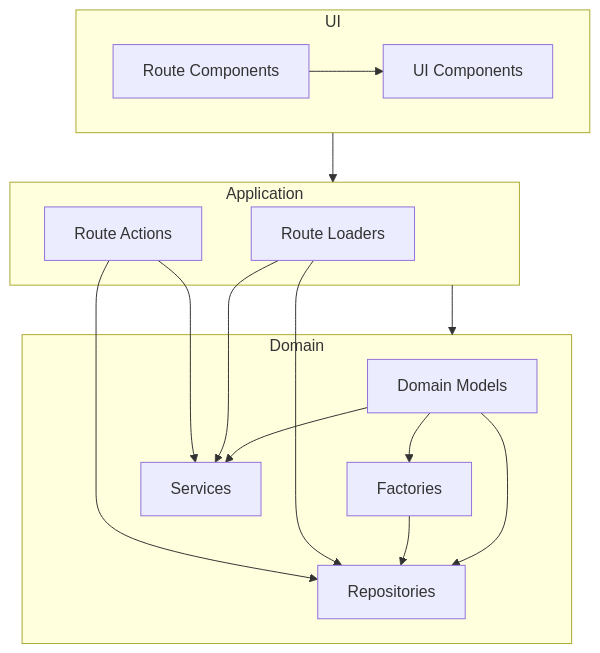
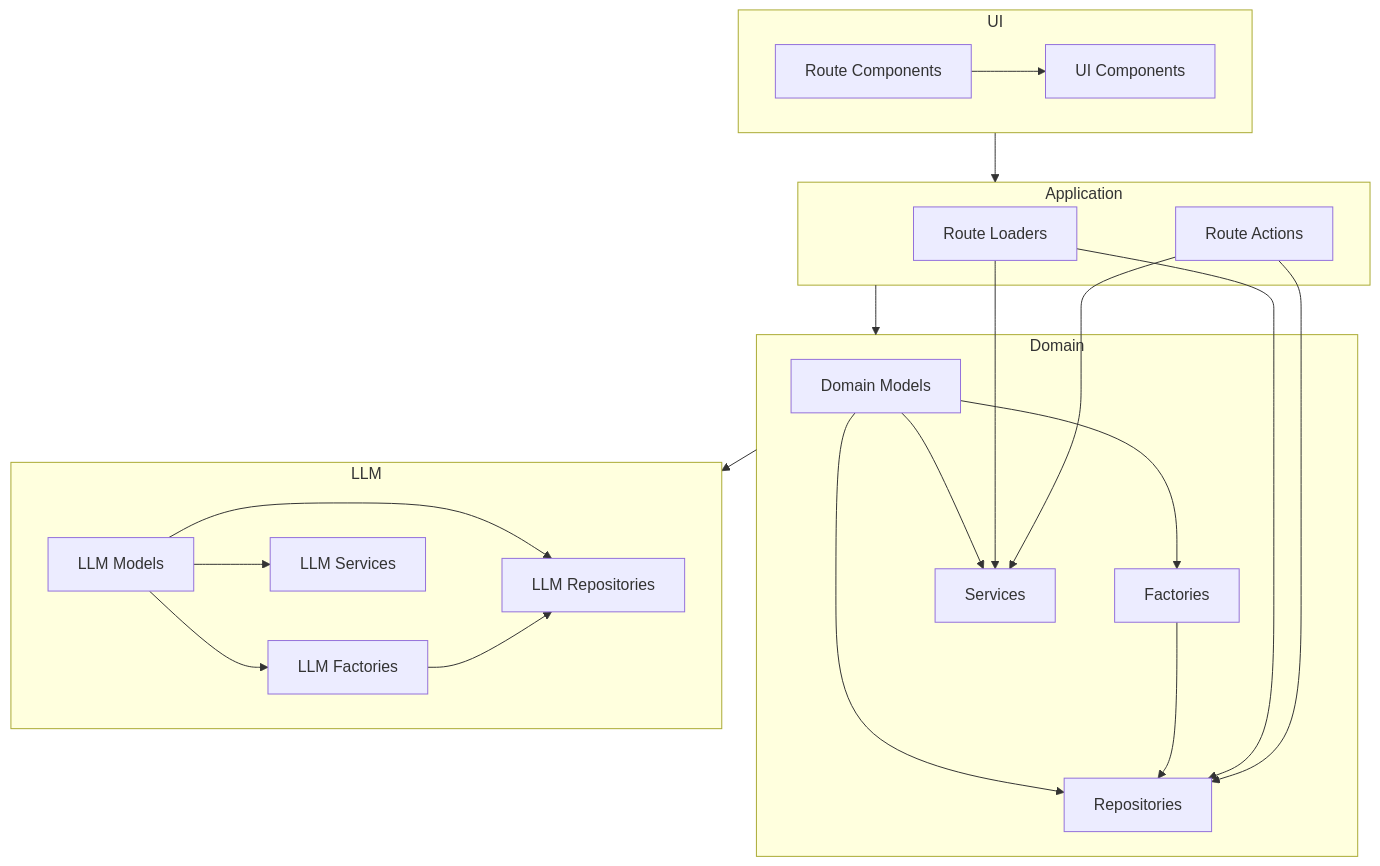
One commit to Geb-algebra/a-pile-of-useless-codes-built-up-by-ai-agent-and-an-incompetent-operator-geb-algebra changed the first of 2 diagrams in .ai/memory-bank/systemPatterns.md. Above: the diagram before and after it, drawn with Mermaid. The commit also changed other lines of this file and 12 other files, not shown here.

Commit message:
add services to use llm but api clients are still not implemented

````diff
--- a/.ai/memory-bank/systemPatterns.md
+++ b/.ai/memory-bank/systemPatterns.md
@@ -73,34 +88,47 @@
 ```mermaid
 graph TD
     subgraph Domain
         Models[Domain Models]
         Factories[Factories]
         Repositories[Repositories]
         Services[Services]
         
         Models --> Factories
         Models --> Repositories
         Models --> Services
         Factories --> Repositories
     end
     
     subgraph UI
         Routes[Route Components]
         Components[UI Components]
         
         Routes --> Components
     end
     
     subgraph Application
         Loaders[Route Loaders]
         Actions[Route Actions]
         
         Loaders --> Repositories
         Loaders --> Services
         Actions --> Repositories
         Actions --> Services
     end
     
+    subgraph LLM
+        LlmModels[LLM Models]
+        LlmFactories[LLM Factories]
+        LlmRepositories[LLM Repositories]
+        LlmServices[LLM Services]
+        
+        LlmModels --> LlmFactories
+        LlmModels --> LlmRepositories
+        LlmModels --> LlmServices
+        LlmFactories --> LlmRepositories
+    end
+    
     UI --> Application
     Application --> Domain
+    Domain --> LLM
 ```
````
